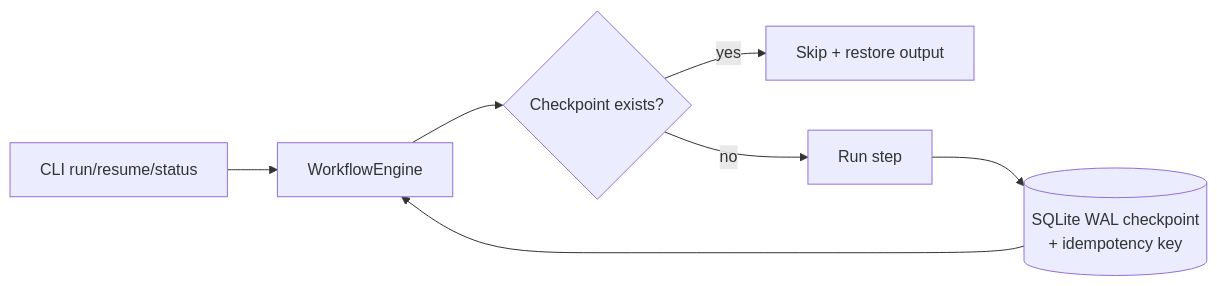
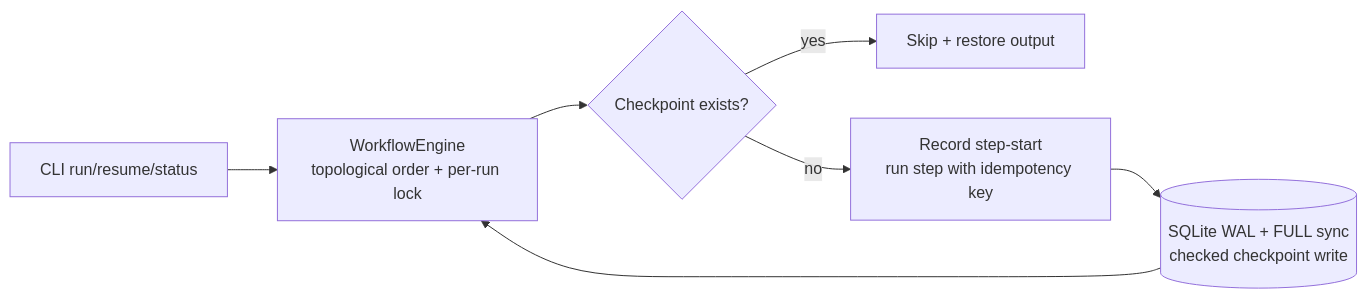
One commit to lionelsimai/stateful-long-running-agent changed the diagram in README.md. Above: the diagram before and after it, drawn with Mermaid. The commit also changed other lines of this file and 11 other files, not shown here.

````diff
--- a/README.md
+++ b/README.md
@@ -16,9 +27,9 @@
 ```mermaid
 flowchart LR
-  CLI[CLI run/resume/status] --> E[WorkflowEngine]
+  CLI[CLI run/resume/status] --> E[WorkflowEngine<br/>topological order + per-run lock]
   E --> V{Checkpoint exists?}
   V -->|yes| SKIP[Skip + restore output]
-  V -->|no| RUN[Run step]
-  RUN --> C[(SQLite WAL checkpoint<br/>+ idempotency key)]
+  V -->|no| RUN[Record step-start<br/>run step with idempotency key]
+  RUN --> C[(SQLite WAL + FULL sync<br/>checked checkpoint write)]
   C --> E
 ```
````
